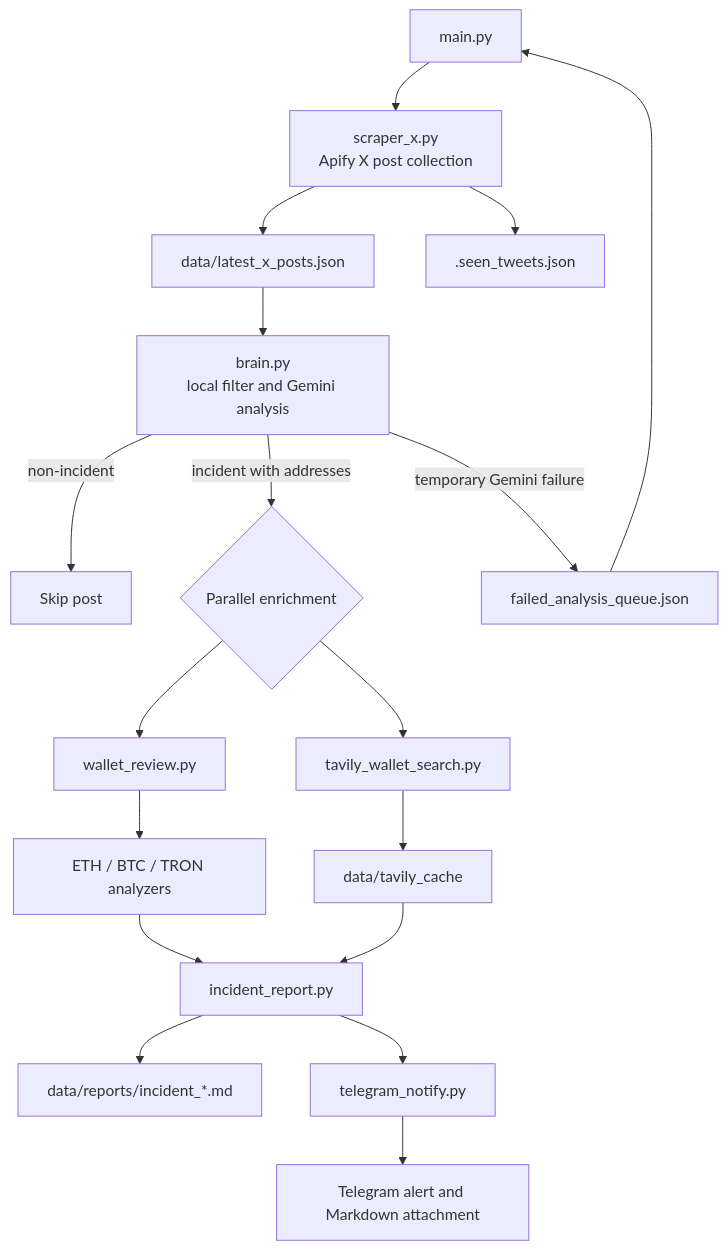
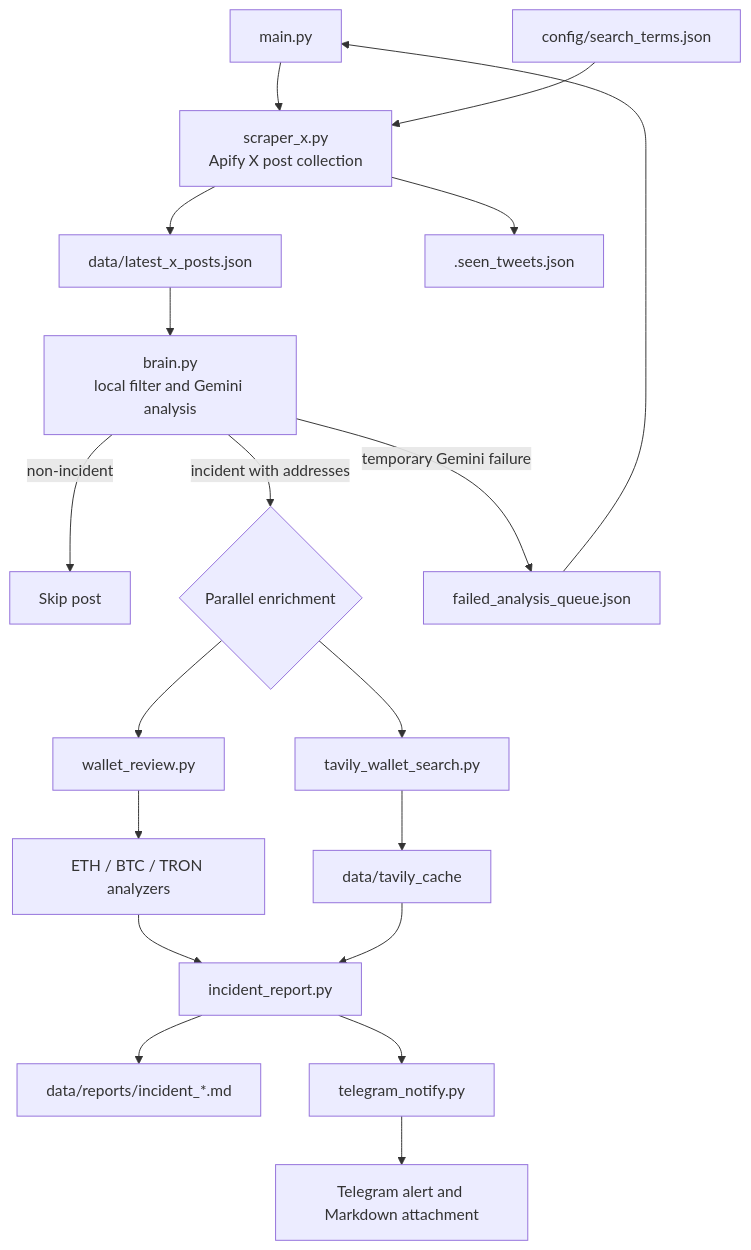
One commit to ihorBykov/CryptoGrapevine_AI changed the diagram in README.md. Above: the diagram before and after it, drawn with Mermaid. The commit also changed other lines of this file and 4 other files, not shown here.

Commit message:
Move X search terms to configuration

````diff
--- a/README.md
+++ b/README.md
@@ -18,20 +18,21 @@
 ```mermaid
 flowchart TD
     A[main.py] --> B[scraper_x.py<br/>Apify X post collection]
+    Q[config/search_terms.json] --> B
     B --> C[data/latest_x_posts.json]
     B --> D[.seen_tweets.json]
     C --> E[brain.py<br/>local filter and Gemini analysis]
     E -->|non-incident| F[Skip post]
     E -->|incident with addresses| G{Parallel enrichment}
     G --> H[wallet_review.py]
     H --> I[ETH / BTC / TRON analyzers]
     G --> J[tavily_wallet_search.py]
     J --> K[data/tavily_cache]
     I --> L[incident_report.py]
     K --> L
     L --> M[data/reports/incident_*.md]
     L --> N[telegram_notify.py]
     N --> O[Telegram alert and Markdown attachment]
     E -->|temporary Gemini failure| P[failed_analysis_queue.json]
     P --> A
 ```
````
